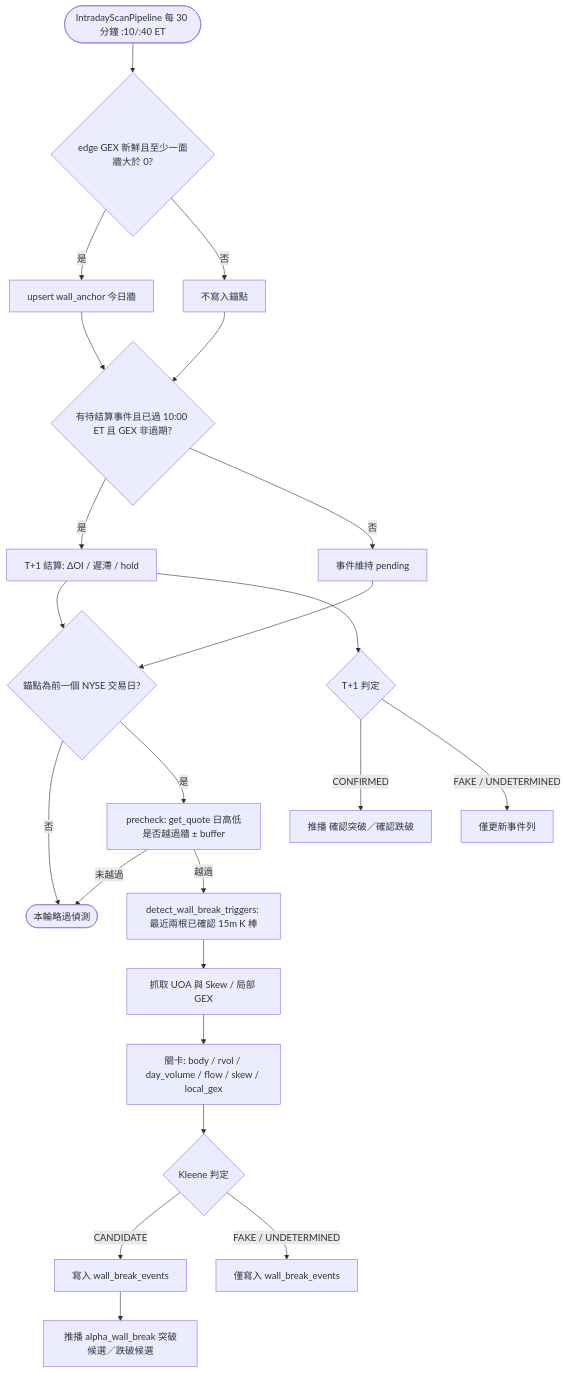
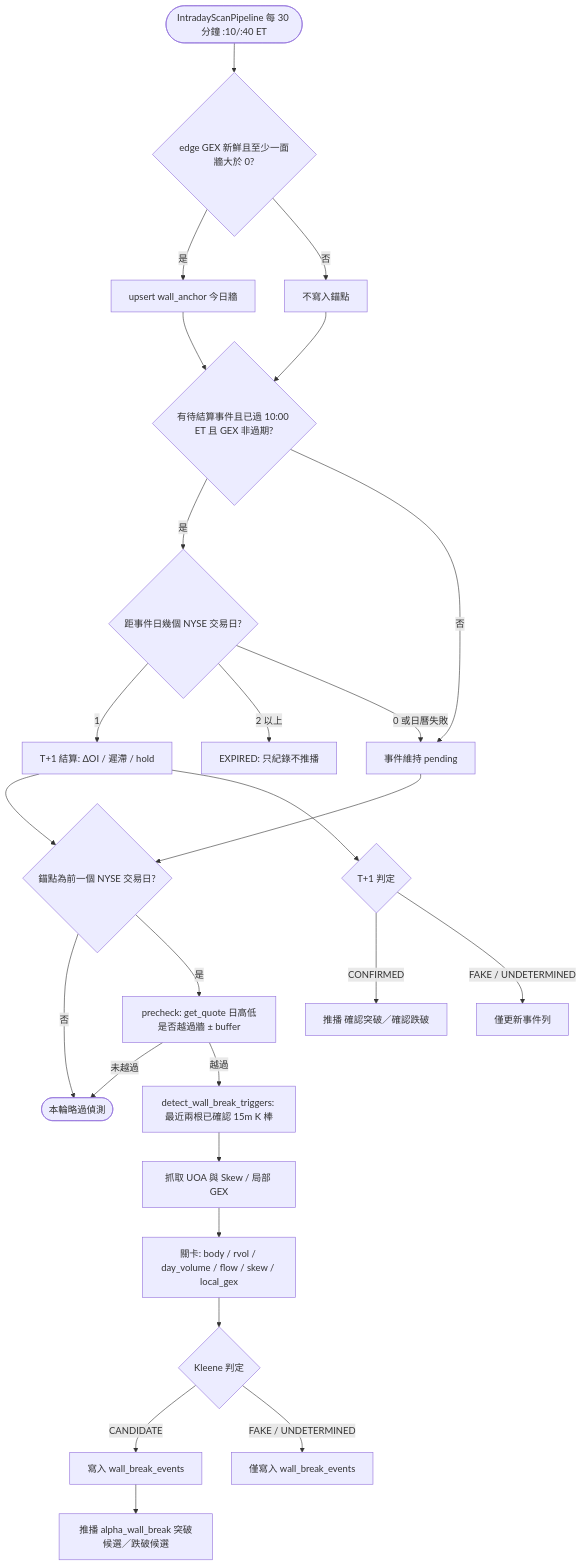
One commit to cosmo-chang-1701/nexus-seeker changed the diagram in docs/microstructure/07_wall_break_verification.md. Above: the diagram before and after it, drawn with Mermaid. The commit also changed other lines of this file and 3 other files, not shown here.

Commit message:
sop(wall-break-t1-age-cap): 牆突破 T+1 結算加年齡上限，逾期標 EXPIRED (#148)

````diff
--- a/docs/microstructure/07_wall_break_verification.md
+++ b/docs/microstructure/07_wall_break_verification.md
@@ -92,25 +94,28 @@
 ```mermaid
 flowchart TD
     Scan([IntradayScanPipeline 每 30 分鐘 :10/:40 ET]) --> Fresh{edge GEX 新鮮且至少一面牆大於 0?}
     Fresh -- 是 --> Upsert[upsert wall_anchor 今日牆]
     Fresh -- 否 --> SkipUp[不寫入錨點]
     Upsert --> T1{有待結算事件且已過 10:00 ET 且 GEX 非過期?}
     SkipUp --> T1
-    T1 -- 是 --> Settle[T+1 結算: ΔOI / 遲滯 / hold]
+    T1 -- 是 --> Age{距事件日幾個 NYSE 交易日?}
+    Age -- 1 --> Settle[T+1 結算: ΔOI / 遲滯 / hold]
+    Age -- 2 以上 --> Expired[EXPIRED: 只紀錄不推播]
+    Age -- 0 或日曆失敗 --> Pending
     T1 -- 否 --> Pending[事件維持 pending]
     Settle --> Anchor
     Pending --> Anchor{錨點為前一個 NYSE 交易日?}
     Anchor -- 否 --> End([本輪略過偵測])
     Anchor -- 是 --> Pre[precheck: get_quote 日高低是否越過牆 ± buffer]
     Pre -- 未越過 --> End
     Pre -- 越過 --> Trig[detect_wall_break_triggers: 最近兩根已確認 15m K 棒]
     Trig --> UOA[抓取 UOA 與 Skew / 局部 GEX]
     UOA --> Gate[關卡: body / rvol / day_volume / flow / skew / local_gex]
     Gate --> Verdict{Kleene 判定}
     Verdict -- CANDIDATE --> Rec1[寫入 wall_break_events]
     Verdict -- FAKE / UNDETERMINED --> Rec2[僅寫入 wall_break_events]
     Rec1 --> Push[推播 alpha_wall_break 突破候選／跌破候選]
     Settle --> Final{T+1 判定}
     Final -- CONFIRMED --> Push2[推播 確認突破／確認跌破]
     Final -- FAKE / UNDETERMINED --> Rec3[僅更新事件列]
 ```
````
